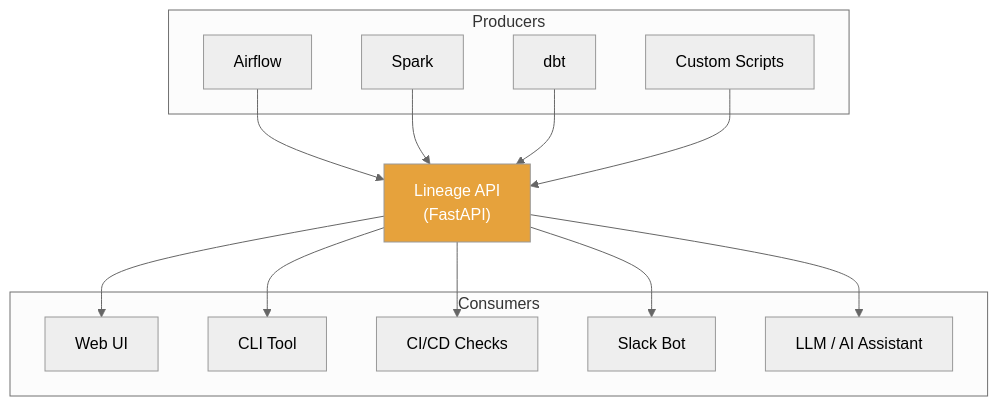
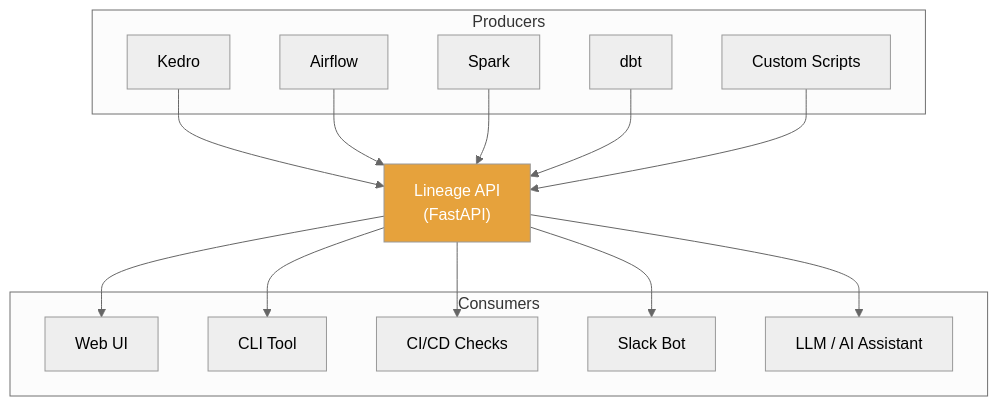
The first of 3 diagrams in chapters/13-lineage-api-fastapi.md (millsks/data-lineage-book), drawn with Mermaid (neutral theme) before and after one commit. The commit also changed other lines of this file and 4 other files, not shown here.

Commit message:
fix: update references from Airflow to Kedro in multiple chapters for consistency

````diff
--- a/chapters/13-lineage-api-fastapi.md
+++ b/chapters/13-lineage-api-fastapi.md
@@ -27,31 +27,33 @@
 ```mermaid
 graph TD
     subgraph "Producers"
-        P1["Airflow"]
-        P2["Spark"]
-        P3["dbt"]
-        P4["Custom Scripts"]
+        P1["Kedro"]
+        P2["Airflow"]
+        P3["Spark"]
+        P4["dbt"]
+        P5["Custom Scripts"]
     end
 
     API["Lineage API<br/>(FastAPI)"]
 
     subgraph "Consumers"
         C1["Web UI"]
         C2["CLI Tool"]
         C3["CI/CD Checks"]
         C4["Slack Bot"]
         C5["LLM / AI Assistant"]
     end
 
     P1 --> API
     P2 --> API
     P3 --> API
     P4 --> API
+    P5 --> API
     API --> C1
     API --> C2
     API --> C3
     API --> C4
     API --> C5
 
     style API fill:#E6A23C,color:#fff
 ```
````
